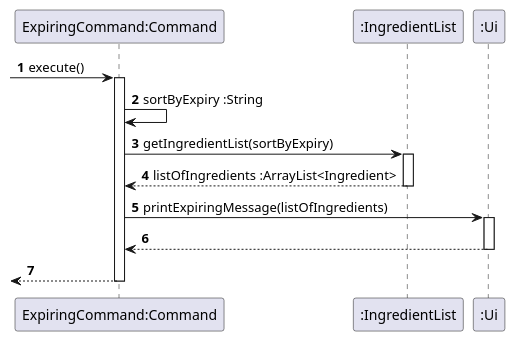
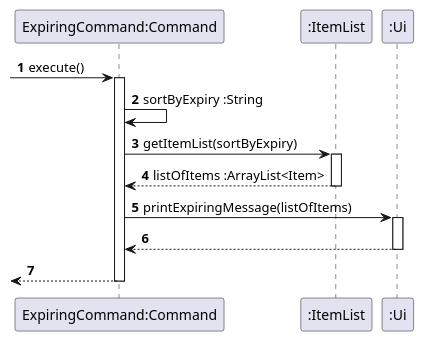
The diagram in docs/umlDiagrams/ExpiringSequence.puml (uosjapuelks/tp), drawn with PlantUML before and after one commit. The commit also changed 40 other files, not shown here.

Commit message:
Standardized to use Item instead of Ingredient.

```diff
--- a/docs/umlDiagrams/ExpiringSequence.puml
+++ b/docs/umlDiagrams/ExpiringSequence.puml
@@ -1,22 +1,22 @@
 @startuml
 'https://plantuml.com/class-diagram
 
 autonumber
 
 -> "ExpiringCommand:Command": execute()
 activate "ExpiringCommand:Command"
 
 "ExpiringCommand:Command" -> "ExpiringCommand:Command" : sortByExpiry :String
-"ExpiringCommand:Command" -> ":IngredientList": getIngredientList(sortByExpiry)
-activate ":IngredientList"
-"ExpiringCommand:Command" <--":IngredientList": listOfIngredients :ArrayList<Ingredient>
-deactivate ":IngredientList"
-"ExpiringCommand:Command" -> ":Ui": printExpiringMessage(listOfIngredients)
+"ExpiringCommand:Command" -> ":ItemList": getItemList(sortByExpiry)
+activate ":ItemList"
+"ExpiringCommand:Command" <--":ItemList": listOfItems :ArrayList<Item>
+deactivate ":ItemList"
+"ExpiringCommand:Command" -> ":Ui": printExpiringMessage(listOfItems)
 activate ":Ui"
 "ExpiringCommand:Command" <-- ":Ui"
 deactivate ":Ui"
 
 <-- "ExpiringCommand:Command"
 deactivate "ExpiringCommand:Command"
 
 @enduml
```
